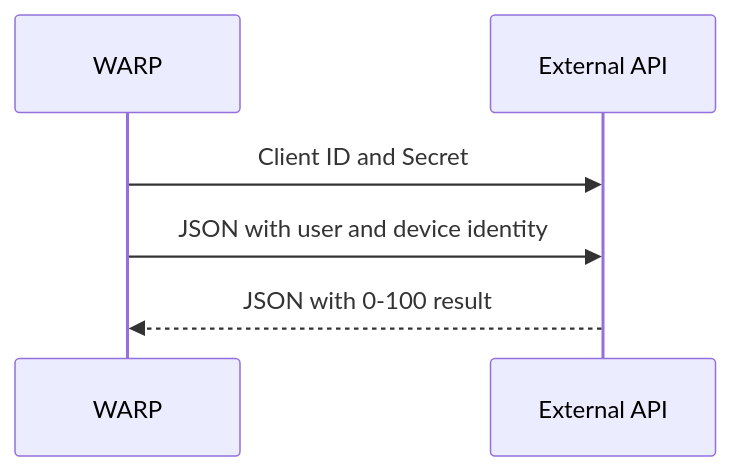
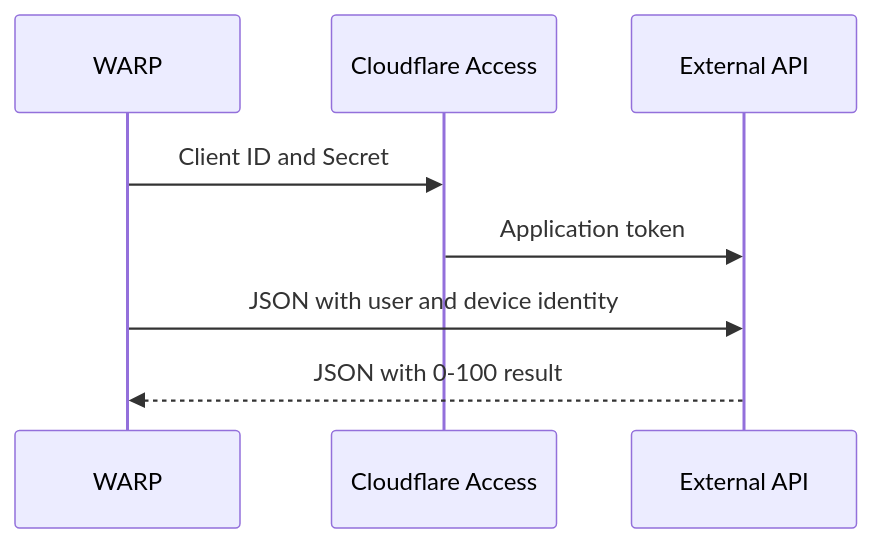
The diagram in src/content/docs/cloudflare-one/identity/devices/service-providers/custom.mdx (cloudflare/cloudflare-docs), drawn with Mermaid before and after one commit. The commit also changed other lines of this file, not shown here.

Commit message:
access jwt verification

````diff
--- a/src/content/docs/cloudflare-one/identity/devices/service-providers/custom.mdx
+++ b/src/content/docs/cloudflare-one/identity/devices/service-providers/custom.mdx
@@ -13,8 +13,10 @@
 ```mermaid
 sequenceDiagram
     participant WARP
+		participant Cloudflare Access
     participant External API
-    WARP->>External API: Client ID and Secret
+    WARP->>Cloudflare Access: Client ID and Secret
+		Cloudflare Access->>External API: Application token
 		WARP->>External API: JSON with user and device identity
     External API-->>WARP: JSON with 0-100 result
 ```
````
